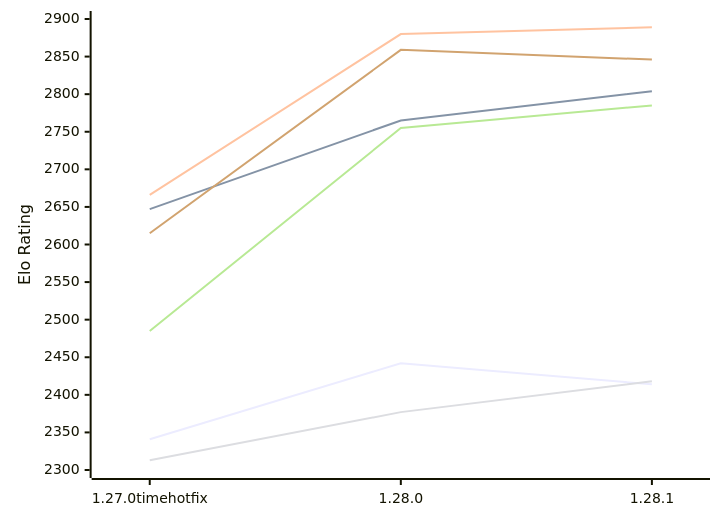
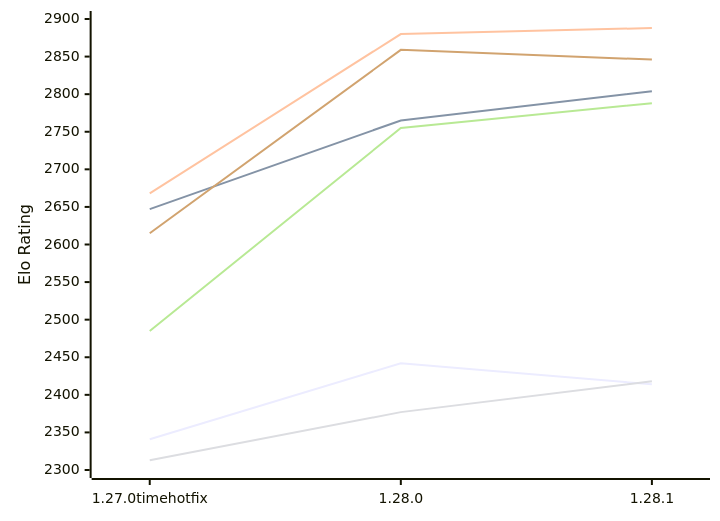
One commit to computer-chess-index/cci changed the first of 2 diagrams in engines/Aurora.md. Above: the diagram before and after it, drawn with Mermaid. The commit also changed other lines of this file, not shown here.

Commit message:
Update CCI Ratings (ELO VLTC) - 2026-11-27

````diff
--- a/engines/Aurora.md
+++ b/engines/Aurora.md
@@ -52,12 +52,12 @@
 ```mermaid
 %%{init: {"theme":"base","themeVariables":{"seriesColors:['#a3a3a3','#222221','#faa371']}}}%%
 xychart-beta
   x-axis ["1.27.0timehotfix", "1.28.0", "1.28.1"]
   y-axis "Elo Rating" 2300 --> 2900
   line "E1: STC (8.0+0.08s)" [2341, 2442, 2414]
   line "E1: LTC (60.0+0.60s)" [2647, 2765, 2804]
-  line "E1: VLTC (2m24s+1.12s)" [2666, 2880, 2889]
+  line "E1: VLTC (2m24s+1.12s)" [2668, 2880, 2888]
   line "P1: STC (8.0+0.08s)" [2313, 2377, 2418]
-  line "P1: LTC (60.0+0.60s)" [2485, 2755, 2785]
+  line "P1: LTC (60.0+0.60s)" [2485, 2755, 2788]
   line "P1: VLTC (2m24s+1.12s)" [2615, 2859, 2846]
 ```
````
